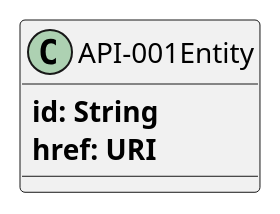
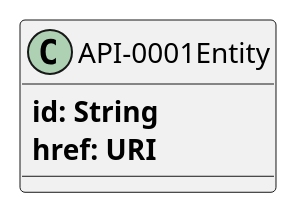
One commit to adepeufeilhoux/adocs-actions-test changed the second of 2 diagrams in README.adoc. Above: the diagram before and after it, drawn with PlantUML.

Commit message:
Corrected Entity Class diagram for API-0001

```diff
--- a/README.adoc
+++ b/README.adoc
@@ -20,7 +20,7 @@
 [plantuml, api001-classes, png]
 ----
-class API-001Entity {
+class API-0001Entity {
   <b>id: String</b>
   <b>href: URI</b>
 }
 ----
```
